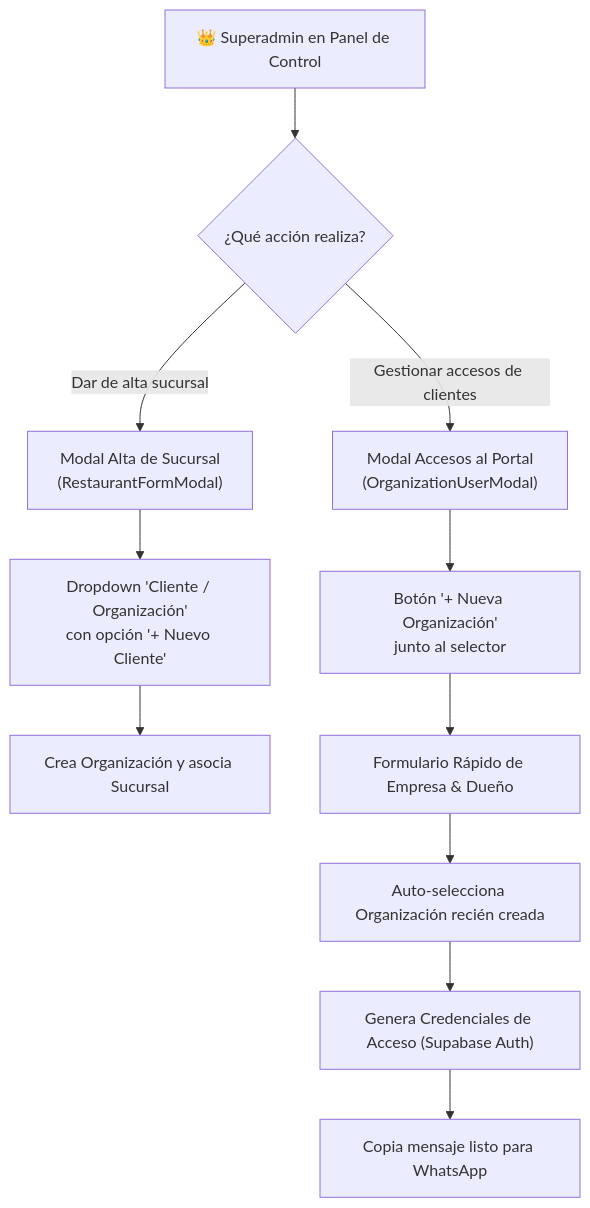
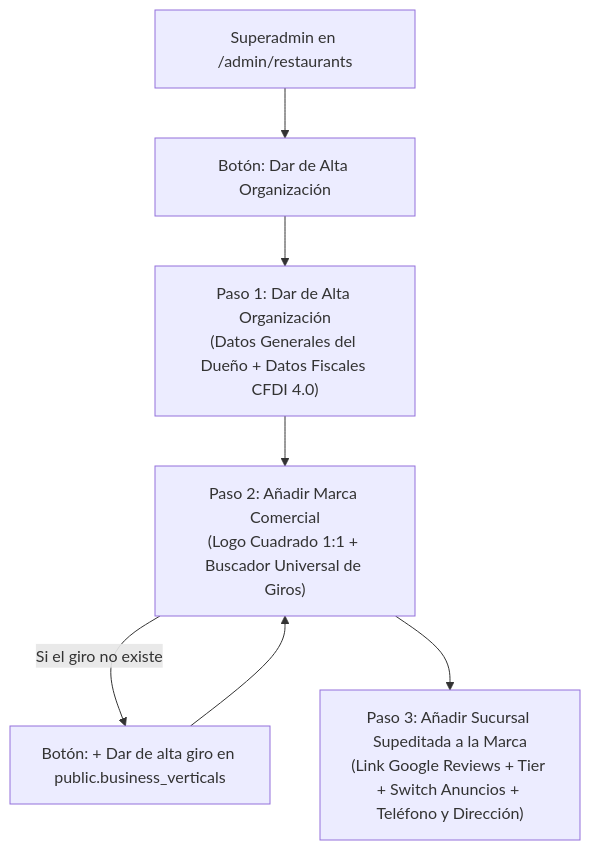
The diagram in docs/SPEC_GESTION_ORGANIZACIONES.md (arteagaescorza-dev/google-reviews-nfc), drawn with Mermaid before and after one commit. The commit also changed other lines of this file and 10 other files, not shown here.

Commit message:
feat(admin): asistente de 3 pasos (Organizacion, Marca con Giro Universal y Sucursal) y jerarquia de marcas

````diff
--- a/docs/SPEC_GESTION_ORGANIZACIONES.md
+++ b/docs/SPEC_GESTION_ORGANIZACIONES.md
@@ -19,15 +21,9 @@
 ```mermaid
 flowchart TD
-    A["👑 Superadmin en Panel de Control"] --> B{"¿Qué acción realiza?"}
-    
-    B -->|"Dar de alta sucursal"| C["Modal Alta de Sucursal<br/>(RestaurantFormModal)"]
-    C --> C1["Dropdown 'Cliente / Organización'<br/>con opción '+ Nuevo Cliente'"]
-    C1 --> C2["Crea Organización y asocia Sucursal"]
-    
-    B -->|"Gestionar accesos de clientes"| D["Modal Accesos al Portal<br/>(OrganizationUserModal)"]
-    D --> D1["Botón '+ Nueva Organización'<br/>junto al selector"]
-    D1 --> D2["Formulario Rápido de Empresa & Dueño"]
-    D2 --> D3["Auto-selecciona Organización recién creada"]
-    D3 --> D4["Genera Credenciales de Acceso (Supabase Auth)"]
-    D4 --> D5["Copia mensaje listo para WhatsApp"]
+    A["Superadmin en /admin/restaurants"] --> B["Botón: Dar de Alta Organización"]
+    B --> P1["Paso 1: Dar de Alta Organización<br/>(Datos Generales del Dueño + Datos Fiscales CFDI 4.0)"]
+    P1 --> P2["Paso 2: Añadir Marca Comercial<br/>(Logo Cuadrado 1:1 + Buscador Universal de Giros)"]
+    P2 -->|"Si el giro no existe"| G1["Botón: + Dar de alta giro en public.business_verticals"]
+    G1 --> P2
+    P2 --> P3["Paso 3: Añadir Sucursal Supeditada a la Marca<br/>(Link Google Reviews + Tier + Switch Anuncios + Teléfono y Dirección)"]
 ```
````
